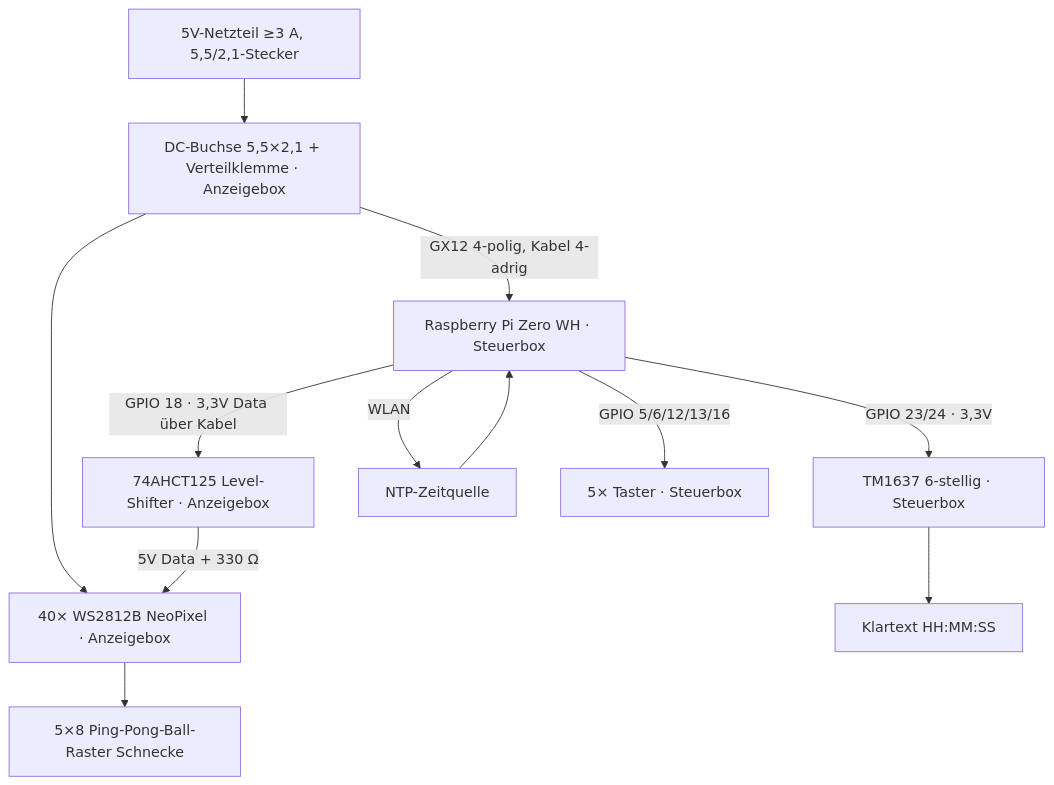
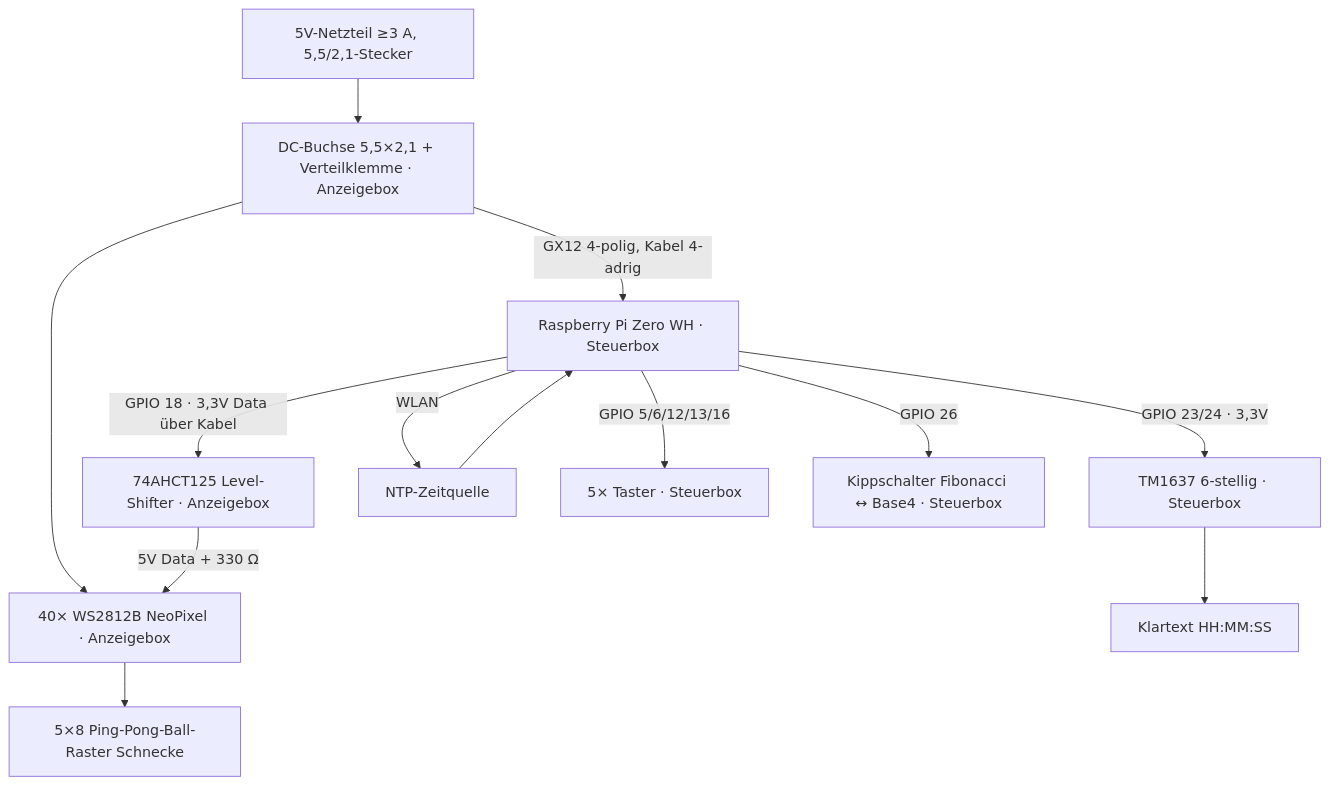
The first of 2 diagrams in docs/Fibonacci_PingPong_Uhr_Bauanleitung.md (Paul-3400/fibonacci-ping-pong-clock), drawn with Mermaid before and after one commit. The commit also changed other lines of this file, not shown here.

Commit message:
docs: Base4-Modus von Beginn integriert – Kippschalter GPIO 26 (Fibonacci<->Base4), 3x3-Matrix in Feld A, base4.py + Code-Entwuerfe erweitert

````diff
--- a/docs/Fibonacci_PingPong_Uhr_Bauanleitung.md
+++ b/docs/Fibonacci_PingPong_Uhr_Bauanleitung.md
@@ -101,14 +142,15 @@
 ```mermaid
 graph TD
     NET[5V-Netzteil ≥3 A, 5,5/2,1-Stecker] --> KL[DC-Buchse 5,5×2,1 + Verteilklemme · Anzeigebox]
     KL --> B[40× WS2812B NeoPixel · Anzeigebox]
     KL -->|GX12 4-polig, Kabel 4-adrig| A[Raspberry Pi Zero WH · Steuerbox]
     A -->|GPIO 18 · 3,3V Data über Kabel| S[74AHCT125 Level-Shifter · Anzeigebox]
     S -->|5V Data + 330 Ω| B
     A -->|GPIO 23/24 · 3,3V| C[TM1637 6-stellig · Steuerbox]
     A -->|WLAN| D[NTP-Zeitquelle]
     D --> A
     A -->|GPIO 5/6/12/13/16| G[5× Taster · Steuerbox]
+    A -->|GPIO 26| SW[Kippschalter Fibonacci ↔ Base4 · Steuerbox]
     B --> E[5×8 Ping-Pong-Ball-Raster Schnecke]
     C --> F[Klartext HH:MM:SS]
 ```
````
